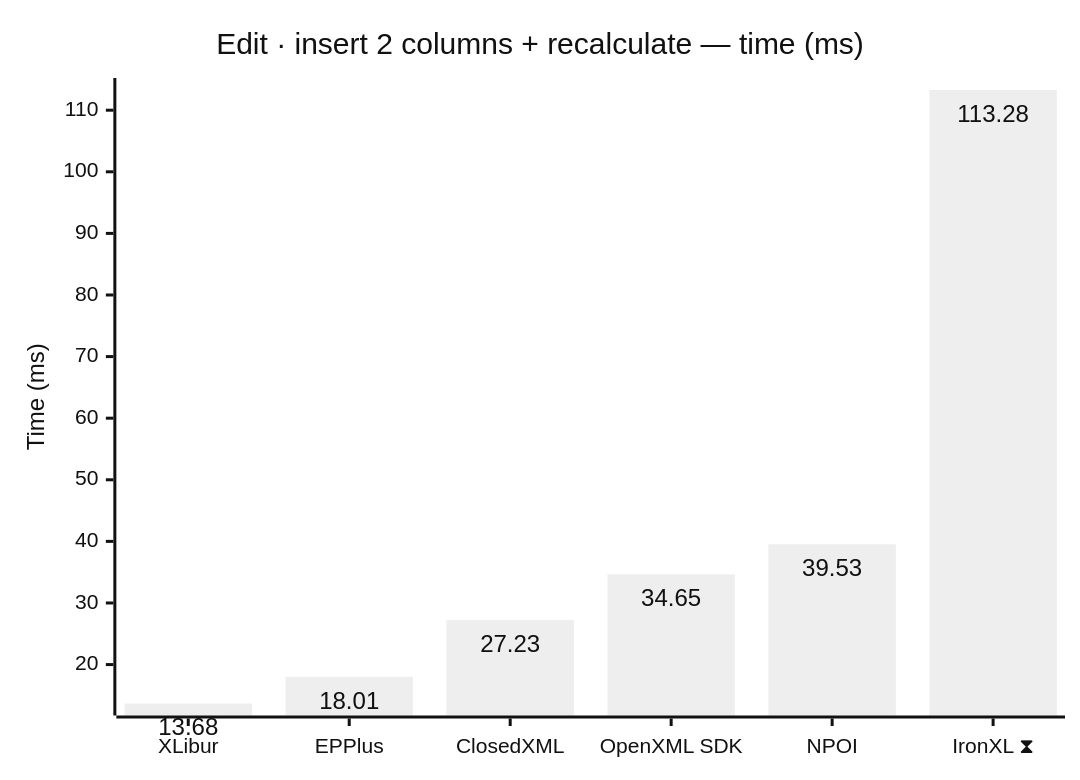
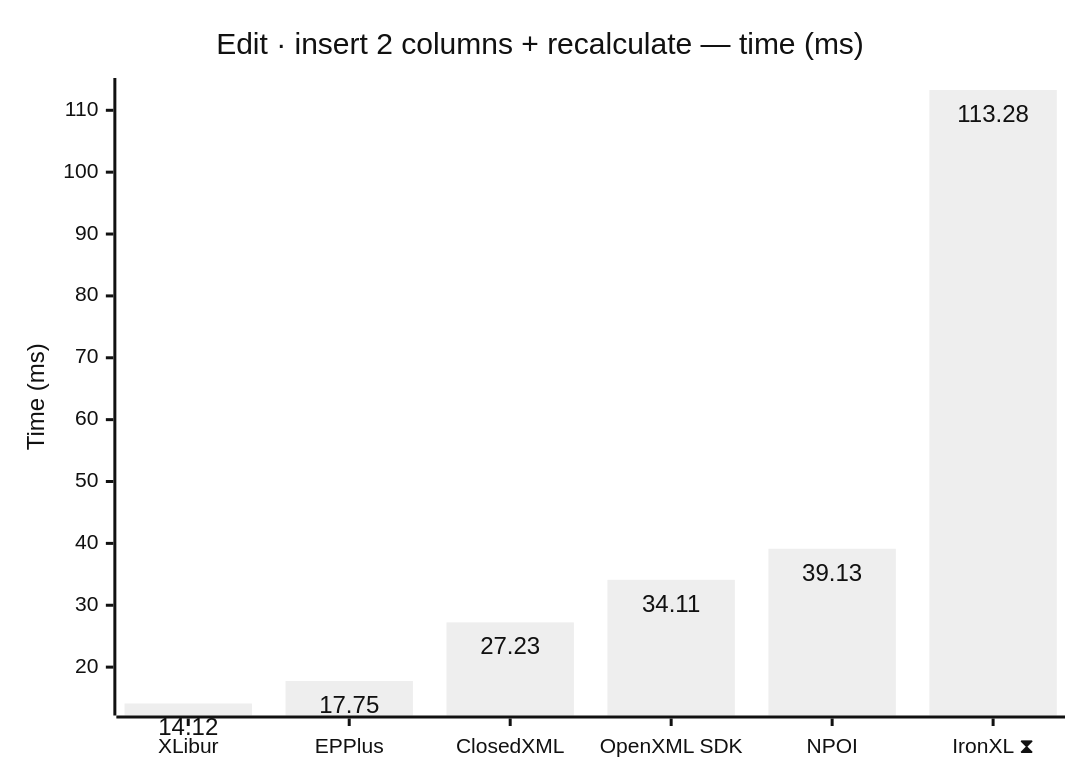
Diagram 11 of 12 in docs/results.md (jafin/XLBench), drawn with Mermaid (neutral theme) before and after one commit. The commit also changed other lines of this file and 1 other file, not shown here.

````diff
--- a/docs/results.md
+++ b/docs/results.md
@@ -169,12 +169,12 @@
 ```mermaid
 ---
 config:
   xyChart:
     showDataLabel: true
 ---
 xychart-beta
     title "Edit · insert 2 columns + recalculate — time (ms)"
     x-axis ["XLibur", "EPPlus", "ClosedXML", "OpenXML SDK", "NPOI", "IronXL ⧗"]
     y-axis "Time (ms)"
-    bar [13.68, 18.01, 27.23, 34.65, 39.53, 113.28]
+    bar [14.12, 17.75, 27.23, 34.11, 39.13, 113.28]
 ```
````
